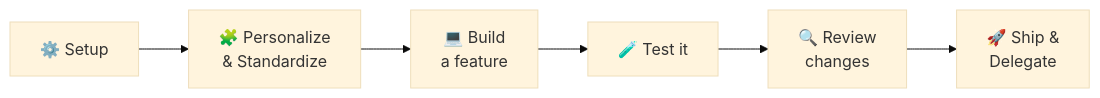
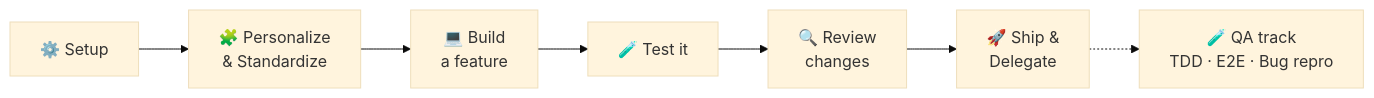
Before and after one commit to jasontiedt/copilot-Fundamentals-gallery-repo: the diagram in labs/README.md, drawn with Mermaid (base theme). The commit also changed other lines of this file and 20 other files, not shown here.

````diff
--- a/labs/README.md
+++ b/labs/README.md
@@ -20,8 +20,9 @@
 ```mermaid
 flowchart LR
   A[⚙️ Setup] --> B[🧩 Personalize<br/>& Standardize]
   B --> C[💻 Build<br/>a feature]
   C --> D[🧪 Test it]
   D --> E[🔍 Review<br/>changes]
   E --> F[🚀 Ship &<br/>Delegate]
+  F -.-> G[🧪 QA track<br/>TDD · E2E · Bug repro]
 ```
````
